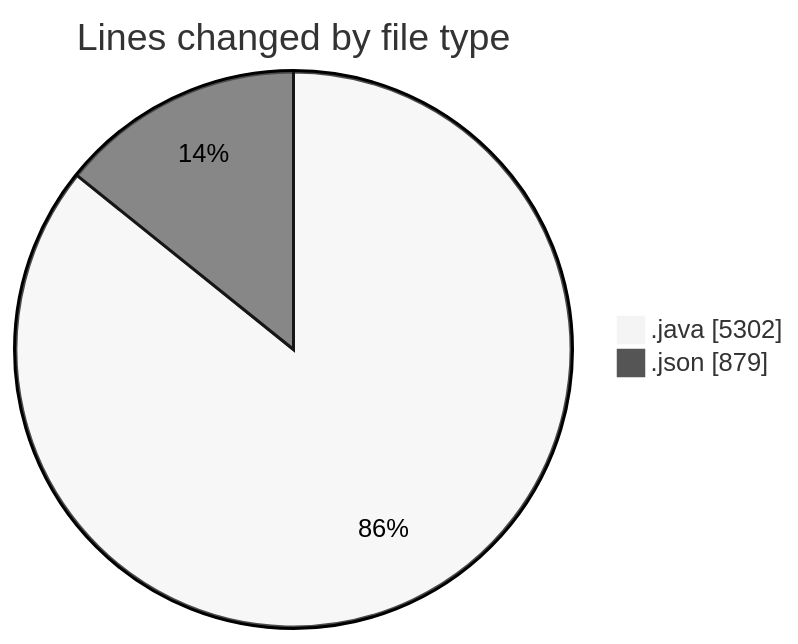
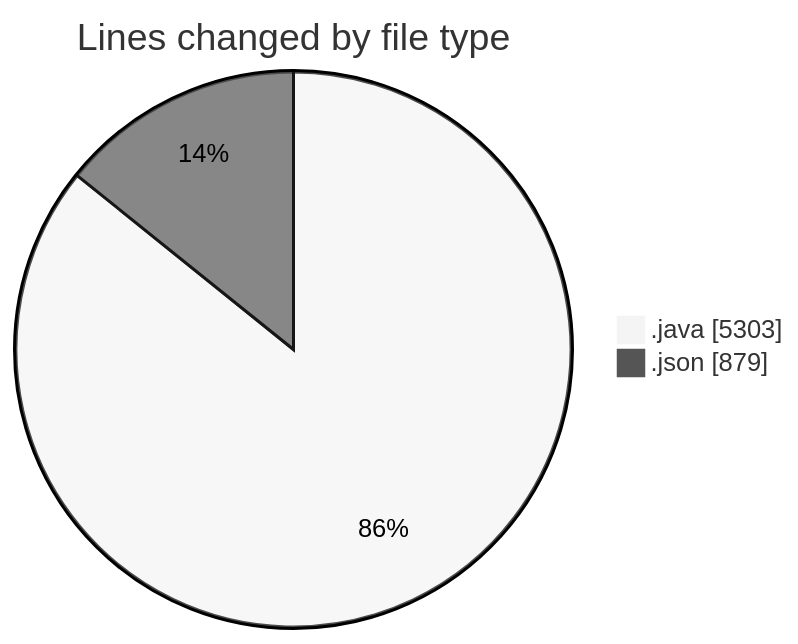
The first of 2 diagrams in 2026-03-18/cilapp/README.md (ricardozamudiocil/code-tracking), drawn with Mermaid (neutral theme) before and after one commit. The commit also changed other lines of this file and 1 other file, not shown here.

````diff
--- a/2026-03-18/cilapp/README.md
+++ b/2026-03-18/cilapp/README.md
@@ -23,6 +23,6 @@
 ```mermaid
 pie showData
 title Lines changed by file type
-".java" : 5302
+".java" : 5303
 ".json" : 879
 ```
````
